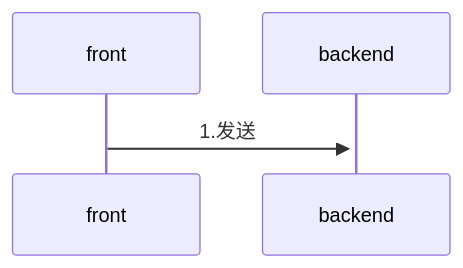
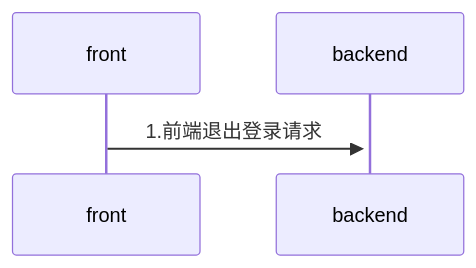
Before and after one commit to yingjianzh/iodraw-files: the diagram in all/未命名-4.md, drawn with Mermaid.

Commit message:
2024-08-05 11:12:26 update

````diff
--- a/all/未命名-4.md
+++ b/all/未命名-4.md
@@ -1,5 +1,5 @@
 ```mermaid
 sequenceDiagram
-    front->>+backend: 1.发送
+    front->>+backend: 1.前端退出登录请求
    
 ```
````
